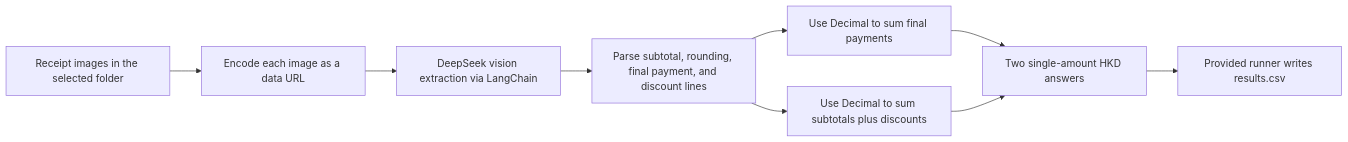
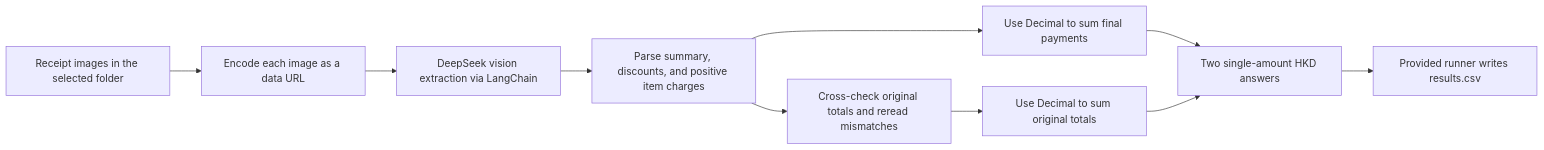
One commit to HallwayinCHN/FTEC5660 changed the diagram in README.md. Above: the diagram before and after it, drawn with Mermaid. The commit also changed other lines of this file and 1 other file, not shown here.

````diff
--- a/README.md
+++ b/README.md
@@ -53,11 +53,12 @@
 ```mermaid
 flowchart LR
     A[Receipt images in the selected folder] --> B[Encode each image as a data URL]
     B --> C[DeepSeek vision extraction via LangChain]
-    C --> D[Parse subtotal, rounding, final payment, and discount lines]
+    C --> D[Parse summary, discounts, and positive item charges]
     D --> E[Use Decimal to sum final payments]
-    D --> F[Use Decimal to sum subtotals plus discounts]
+    D --> F[Cross-check original totals and reread mismatches]
+    F --> I[Use Decimal to sum original totals]
     E --> G[Two single-amount HKD answers]
-    F --> G
+    I --> G
     G --> H[Provided runner writes results.csv]
 ```
````
